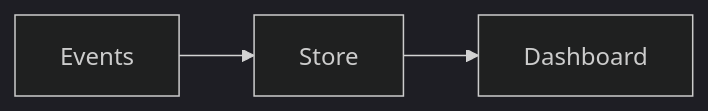
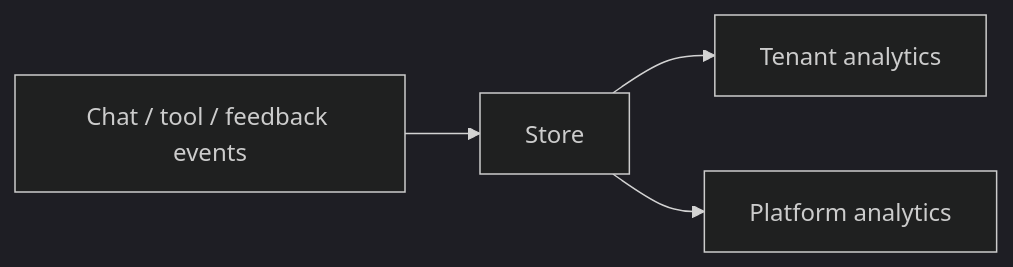
Before and after one commit to qefro-ai/qefro-documentation: the diagram in docs/platform/analytics.mdx, drawn with Mermaid (dark theme). The commit also changed other lines of this file and 46 other files, not shown here.

````diff
--- a/docs/platform/analytics.mdx
+++ b/docs/platform/analytics.mdx
@@ -37,5 +37,6 @@
 ```mermaid
 flowchart LR
-  Events --> Store
-  Store --> Dashboard
+  Events[Chat / tool / feedback events] --> Store
+  Store --> TenantDash[Tenant analytics]
+  Store --> AdminDash[Platform analytics]
 ```
````
